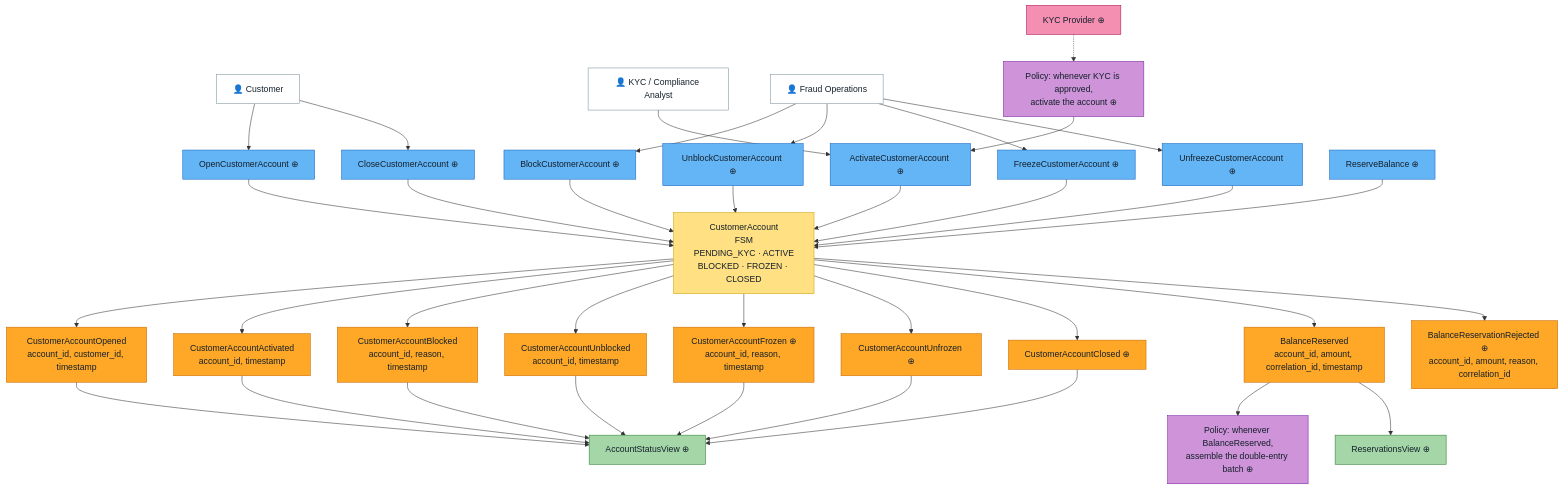
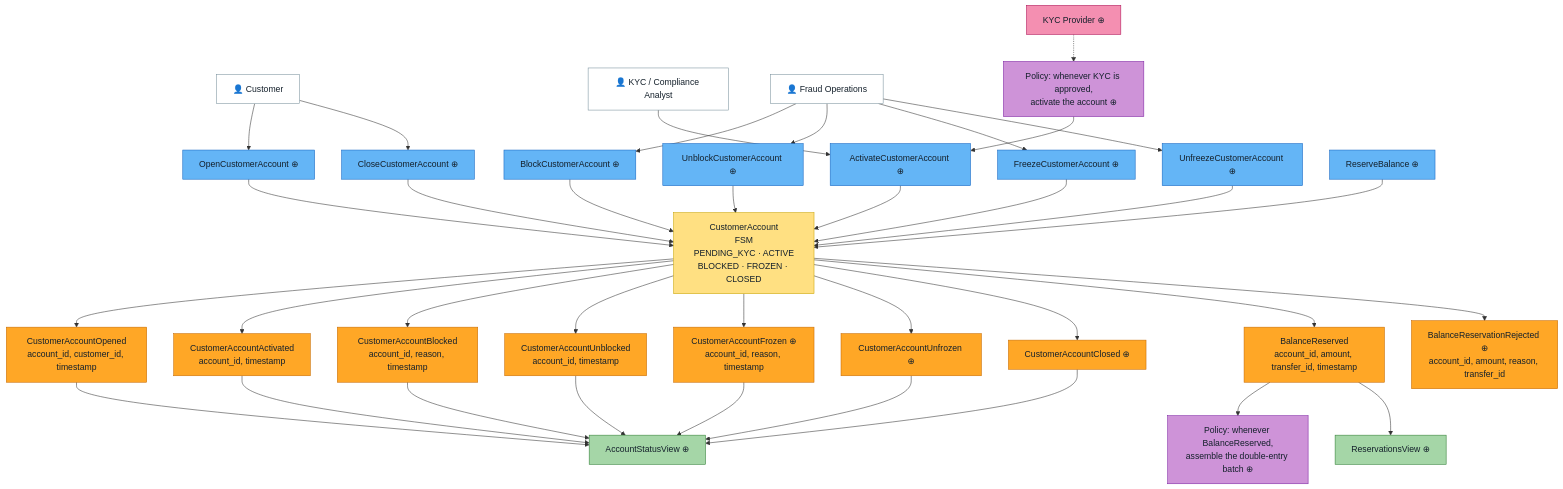
Before and after one commit to LuanDc/banking: the second of 6 diagrams in docs/event_storming.md, drawn with Mermaid. The commit also changed other lines of this file and 3 other files, not shown here.

````diff
--- a/docs/event_storming.md
+++ b/docs/event_storming.md
@@ -77,81 +77,81 @@
 ```mermaid
 flowchart TB
     A1["👤 Customer"]:::actor
     A2["👤 KYC / Compliance Analyst"]:::actor
     A3["👤 Fraud Operations"]:::actor
     X1["KYC Provider ⊕"]:::ext
 
     C1["OpenCustomerAccount ⊕"]:::cmd
     C2["ActivateCustomerAccount ⊕"]:::cmd
     C3["BlockCustomerAccount ⊕"]:::cmd
     C4["UnblockCustomerAccount ⊕"]:::cmd
     C5["FreezeCustomerAccount ⊕"]:::cmd
     C6["UnfreezeCustomerAccount ⊕"]:::cmd
     C7["CloseCustomerAccount ⊕"]:::cmd
     C8["ReserveBalance ⊕"]:::cmd
 
     AGG["CustomerAccount<br/>FSM<br/>PENDING_KYC · ACTIVE<br/>BLOCKED · FROZEN · CLOSED"]:::agg
 
     E1["CustomerAccountOpened<br/>account_id, customer_id, timestamp"]:::evt
     E2["CustomerAccountActivated<br/>account_id, timestamp"]:::evt
     E3["CustomerAccountBlocked<br/>account_id, reason, timestamp"]:::evt
     E4["CustomerAccountUnblocked<br/>account_id, timestamp"]:::evt
     E5["CustomerAccountFrozen ⊕<br/>account_id, reason, timestamp"]:::evt
     E6["CustomerAccountUnfrozen ⊕"]:::evt
     E7["CustomerAccountClosed ⊕"]:::evt
-    E8["BalanceReserved<br/>account_id, amount, correlation_id, timestamp"]:::evt
-    E9["BalanceReservationRejected ⊕<br/>account_id, amount, reason, correlation_id"]:::evt
+    E8["BalanceReserved<br/>account_id, amount, transfer_id, timestamp"]:::evt
+    E9["BalanceReservationRejected ⊕<br/>account_id, amount, reason, transfer_id"]:::evt
 
     P1["Policy: whenever BalanceReserved,<br/>assemble the double-entry batch ⊕"]:::pol
     P2["Policy: whenever KYC is approved,<br/>activate the account ⊕"]:::pol
 
     RM1["AccountStatusView ⊕"]:::rm
     RM2["ReservationsView ⊕"]:::rm
 
     A1 --> C1
     X1 -.-> P2
     P2 --> C2
     A2 --> C2
     A3 --> C3
     A3 --> C4
     A3 --> C5
     A3 --> C6
     A1 --> C7
 
     C1 --> AGG
     C2 --> AGG
     C3 --> AGG
     C4 --> AGG
     C5 --> AGG
     C6 --> AGG
     C7 --> AGG
     C8 --> AGG
 
     AGG --> E1
     AGG --> E2
     AGG --> E3
     AGG --> E4
     AGG --> E5
     AGG --> E6
     AGG --> E7
     AGG --> E8
     AGG --> E9
 
     E8 --> P1
     E1 --> RM1
     E2 --> RM1
     E3 --> RM1
     E4 --> RM1
     E5 --> RM1
     E6 --> RM1
     E7 --> RM1
     E8 --> RM2
 
     classDef evt fill:#FFA726,stroke:#C66900,color:#14202B
     classDef cmd fill:#64B5F6,stroke:#1565C0,color:#14202B
     classDef agg fill:#FFE082,stroke:#C8A300,color:#14202B
     classDef pol fill:#CE93D8,stroke:#7B1FA2,color:#14202B
     classDef rm fill:#A5D6A7,stroke:#2E7D32,color:#14202B
     classDef ext fill:#F48FB1,stroke:#AD1457,color:#14202B
     classDef actor fill:#FFFFFF,stroke:#78909C,color:#14202B
 ```
````
